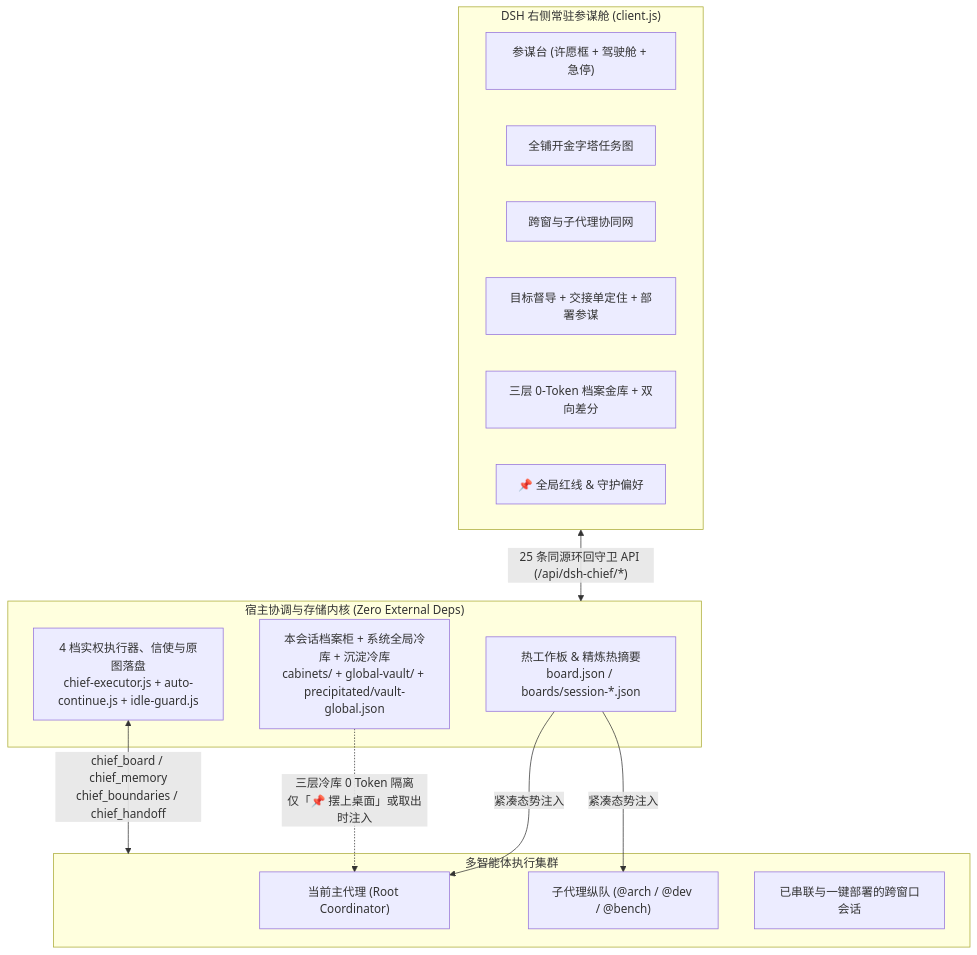
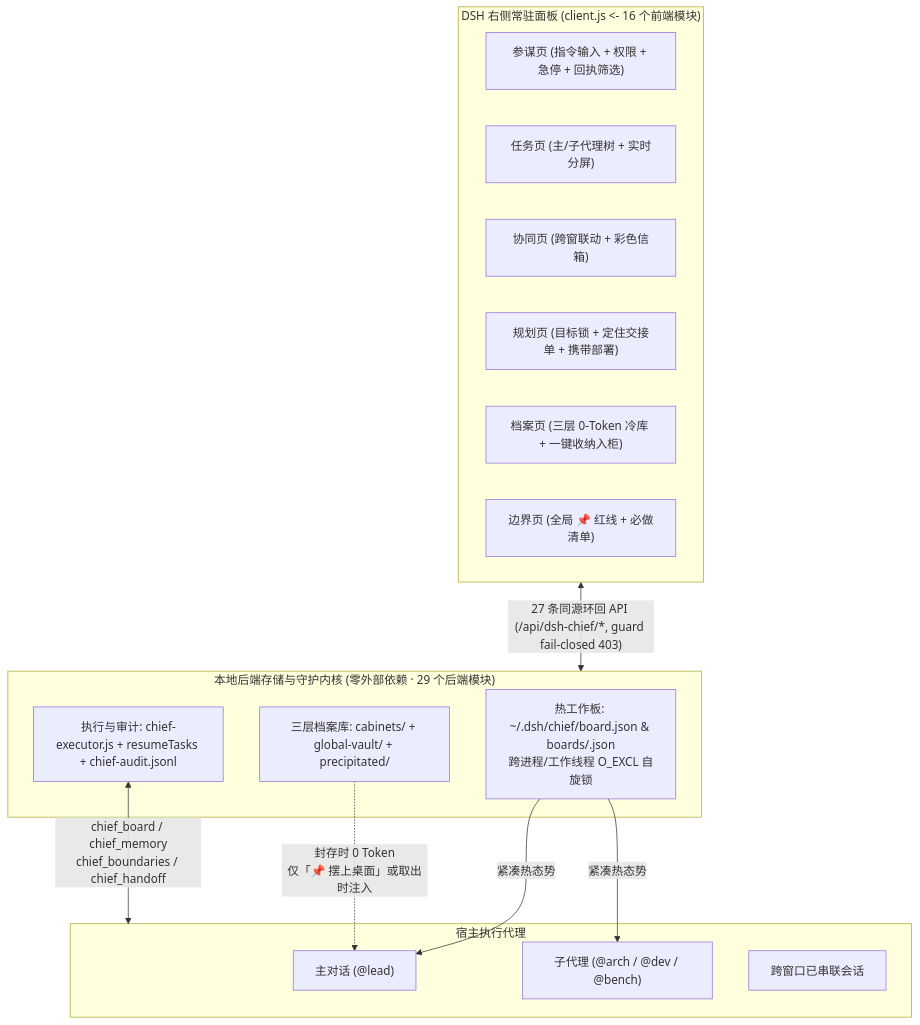
One commit to gluztm/dsh-chief changed the diagram in README.md. Above: the diagram before and after it, drawn with Mermaid. The commit also changed other lines of this file and 2 other files, not shown here.

````diff
--- a/README.md
+++ b/README.md
@@ -182,29 +157,29 @@
 ```mermaid
 flowchart TB
-  subgraph UI["DSH 右侧常驻参谋舱 (client.js)"]
-    T1["参谋台 (许愿框 + 驾驶舱 + 急停)"]
-    T2["全铺开金字塔任务图"]
-    T3["跨窗与子代理协同网"]
-    T4["目标督导 + 交接单定住 + 部署参谋"]
-    T5["三层 0-Token 档案金库 + 双向差分"]
-    T6["📌 全局红线 & 守护偏好"]
+  subgraph UI["DSH 右侧常驻面板 (client.js <- 16 个前端模块)"]
+    T1["参谋页 (指令输入 + 权限 + 急停 + 回执筛选)"]
+    T2["任务页 (主/子代理树 + 实时分屏)"]
+    T3["协同页 (跨窗联动 + 彩色信箱)"]
+    T4["规划页 (目标锁 + 定住交接单 + 携带部署)"]
+    T5["档案页 (三层 0-Token 冷库 + 一键收纳入柜)"]
+    T6["边界页 (全局 📌 红线 + 必做清单)"]
   end
 
-  subgraph Core["宿主协调与存储内核 (Zero External Deps)"]
-    Hot["热工作板 & 精炼热摘要\nboard.json / boards/session-*.json"]
-    Cold["本会话档案柜 + 系统全局冷库 + 沉淀冷库\ncabinets/ + global-vault/ + precipitated/vault-global.json"]
-    Bus["4 档实权执行器、信使与原图落盘\nchief-executor.js + auto-continue.js + idle-guard.js"]
+  subgraph Core["本地后端存储与守护内核 (零外部依赖 · 29 个后端模块)"]
+    Hot["热工作板: ~/.dsh/chief/board.json & boards/<sid>.json\n跨进程/工作线程 O_EXCL 自旋锁"]
+    Cold["三层档案库: cabinets/ + global-vault/ + precipitated/"]
+    Bus["执行与审计: chief-executor.js + resumeTasks + chief-audit.jsonl"]
   end
 
-  subgraph Agents["多智能体执行集群"]
-    Lead["当前主代理 (Root Coordinator)"]
-    Subs["子代理纵队 (@arch / @dev / @bench)"]
-    Peers["已串联与一键部署的跨窗口会话"]
+  subgraph Agents["宿主执行代理"]
+    Lead["主对话 (@lead)"]
+    Subs["子代理 (@arch / @dev / @bench)"]
+    Peers["跨窗口已串联会话"]
   end
 
-  UI <-->|"25 条同源环回守卫 API (/api/dsh-chief/*)"| Core
-  Hot -->|"紧凑态势注入"| Lead
-  Hot -->|"紧凑态势注入"| Subs
-  Cold -.->|"三层冷库 0 Token 隔离\n仅「📌 摆上桌面」或取出时注入"| Lead
+  UI <-->|"27 条同源环回 API (/api/dsh-chief/*, guard fail-closed 403)"| Core
+  Hot -->|"紧凑热态势"| Lead
+  Hot -->|"紧凑热态势"| Subs
+  Cold -.->|"封存时 0 Token\n仅「📌 摆上桌面」或取出时注入"| Lead
   Bus <-->|"chief_board / chief_memory\nchief_boundaries / chief_handoff"| Agents
 ```
````
